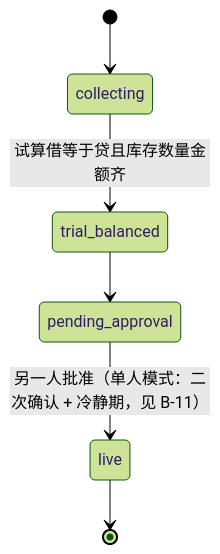
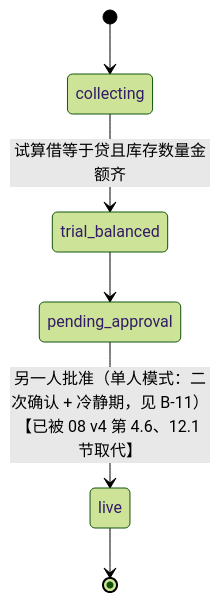
The third of 5 diagrams in docs/design/07-成本记账与补货计划补齐.md (makenBlous/CrossERP), drawn with Mermaid (forest theme) before and after one commit. The commit also changed other lines of this file and 7 other files, not shown here.

````diff
--- a/docs/design/07-成本记账与补货计划补齐.md
+++ b/docs/design/07-成本记账与补货计划补齐.md
@@ -730,8 +730,8 @@
 ```mermaid
 stateDiagram-v2
     [*] --> collecting
     collecting --> trial_balanced: 试算借等于贷且库存数量金额齐
     trial_balanced --> pending_approval
-    pending_approval --> live: 另一人批准（单人模式：二次确认 + 冷静期，见 B-11）
+    pending_approval --> live: 另一人批准（单人模式：二次确认 + 冷静期，见 B-11）【已被 08 v4 第 4.6、12.1 节取代】
     live --> [*]
 ```
````
